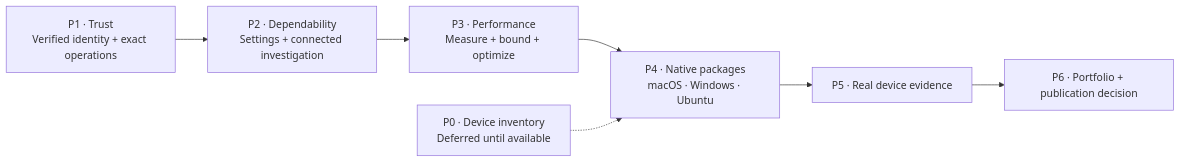
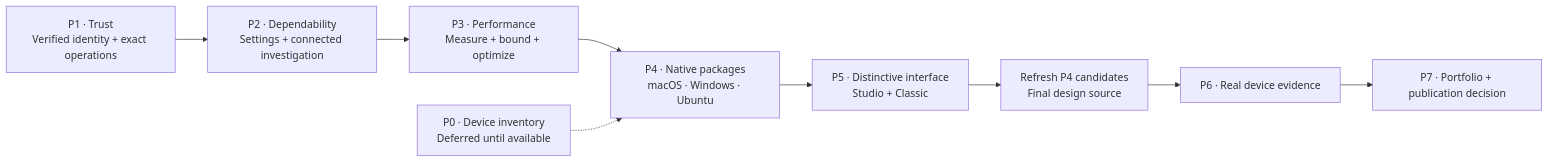
One commit to iMilad/cloud-burrito changed the diagram in docs/roadmap/README.md. Above: the diagram before and after it, drawn with Mermaid. The commit also changed other lines of this file and 26 other files, not shown here.

Commit message:
P5-01: preserve Classic baseline and insert the Studio design phase

````diff
--- a/docs/roadmap/README.md
+++ b/docs/roadmap/README.md
@@ -39,9 +40,11 @@
 ```mermaid
 flowchart LR
     P1["P1 · Trust<br/>Verified identity + exact operations"] --> P2["P2 · Dependability<br/>Settings + connected investigation"]
     P2 --> P3["P3 · Performance<br/>Measure + bound + optimize"]
     P3 --> P4["P4 · Native packages<br/>macOS · Windows · Ubuntu"]
-    P4 --> P5["P5 · Real device evidence"]
+    P4 --> P5["P5 · Distinctive interface<br/>Studio + Classic"]
+    P5 --> R["Refresh P4 candidates<br/>Final design source"]
+    R --> P6["P6 · Real device evidence"]
     P0["P0 · Device inventory<br/>Deferred until available"] -.-> P4
-    P5 --> P6["P6 · Portfolio + publication decision"]
+    P6 --> P7["P7 · Portfolio + publication decision"]
 ```
````
